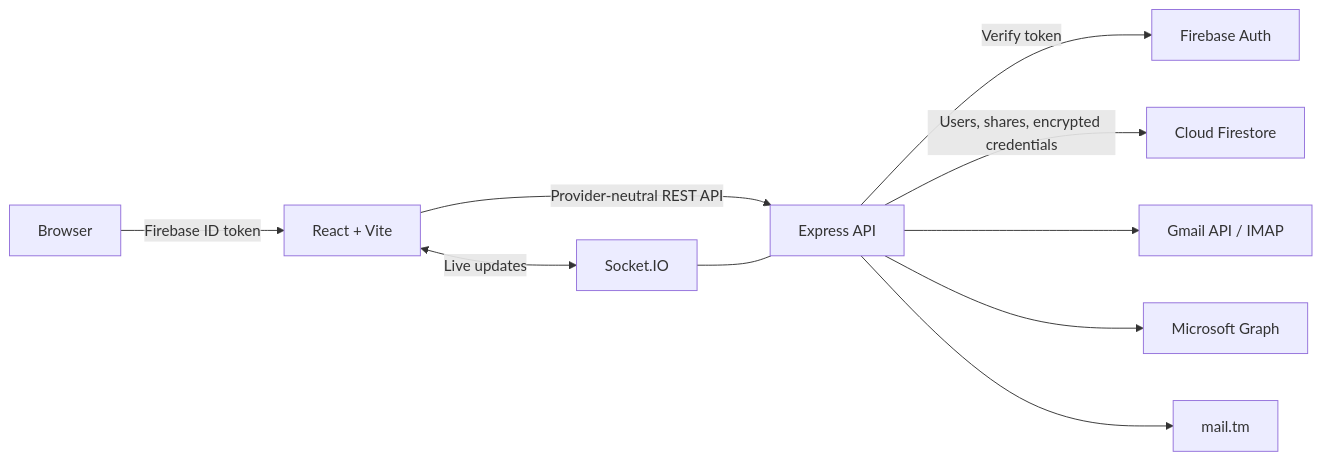
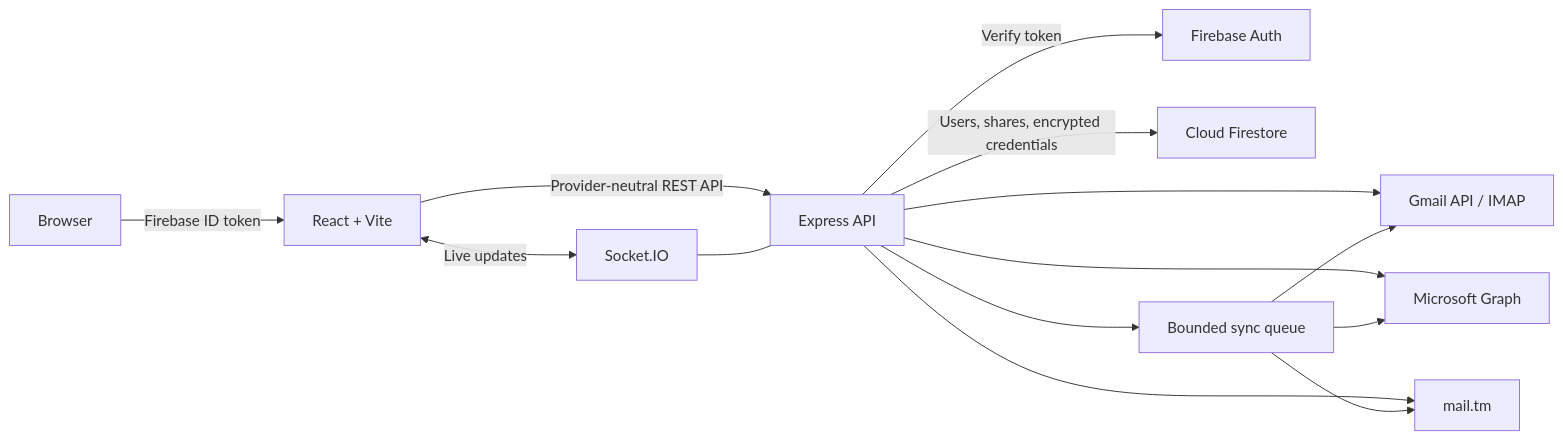
Before and after one commit to NguyenHuuHung-Dev/ommimail: the diagram in README.md, drawn with Mermaid. The commit also changed other lines of this file and 21 other files, not shown here.

````diff
--- a/README.md
+++ b/README.md
@@ -70,12 +74,16 @@
 ```mermaid
 flowchart LR
   U[Browser] -->|Firebase ID token| W[React + Vite]
   W -->|Provider-neutral REST API| A[Express API]
   W <-->|Live updates| S[Socket.IO]
   S --- A
   A -->|Verify token| FA[Firebase Auth]
   A -->|Users, shares, encrypted credentials| FS[Cloud Firestore]
   A --> G[Gmail API / IMAP]
   A --> M[Microsoft Graph]
   A --> T[mail.tm]
+  A --> Q[Bounded sync queue]
+  Q --> G
+  Q --> M
+  Q --> T
 ```
````
